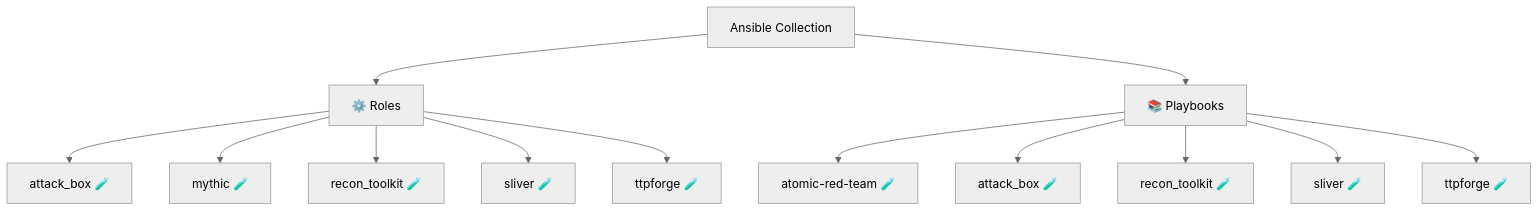
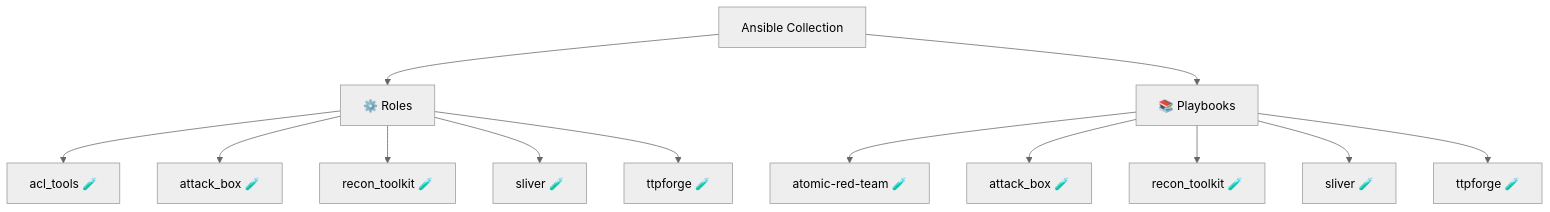
One commit to l50/ansible-collection-arsenal changed the diagram in README.md. Above: the diagram before and after it, drawn with Mermaid (neutral theme). The commit also changed other lines of this file and 13 other files, not shown here.

First line of the commit message:
feat: add acl_tools role for Active Directory ACL exploitation

````diff
--- a/README.md
+++ b/README.md
@@ -13,16 +13,16 @@
 ```mermaid
 graph TD
     Collection[Ansible Collection]
     Collection --> Roles[⚙️ Roles]
-    Roles --> R0[attack_box 🧪]
-    Roles --> R1[mythic 🧪]
+    Roles --> R0[acl_tools 🧪]
+    Roles --> R1[attack_box 🧪]
     Roles --> R2[recon_toolkit 🧪]
     Roles --> R3[sliver 🧪]
     Roles --> R4[ttpforge 🧪]
     Collection --> Playbooks[📚 Playbooks]
     Playbooks --> PB0[atomic-red-team 🧪]
     Playbooks --> PB1[attack_box 🧪]
     Playbooks --> PB2[recon_toolkit 🧪]
     Playbooks --> PB3[sliver 🧪]
     Playbooks --> PB4[ttpforge 🧪]
 ```
````
